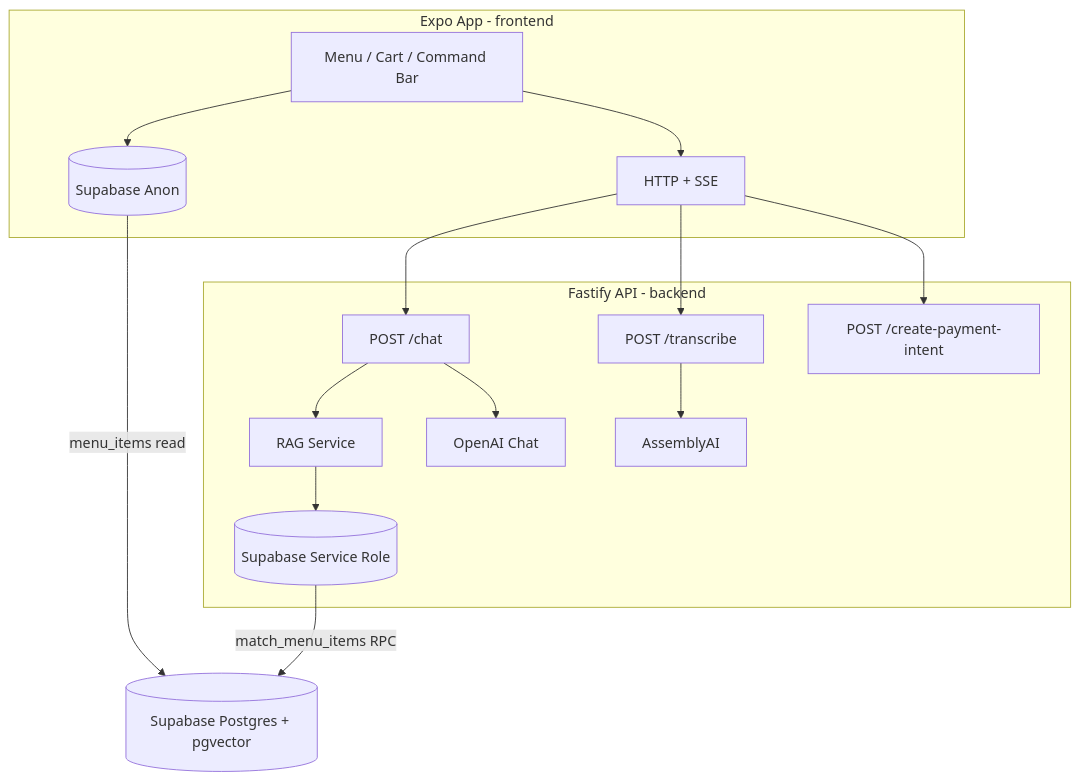
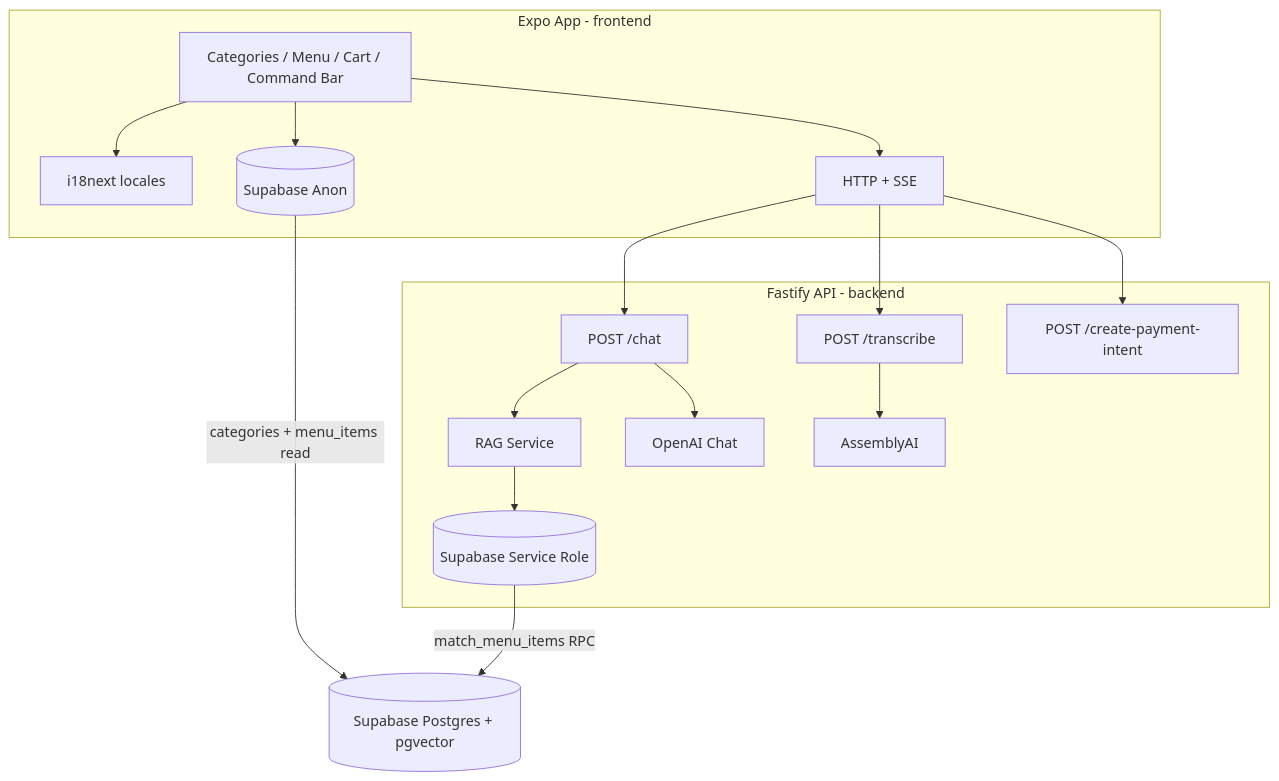
Before and after one commit to Satya-Sai-Srinivas/The-Intelligent-Bistro: the diagram in README.md, drawn with Mermaid. The commit also changed other lines of this file, not shown here.

````diff
--- a/README.md
+++ b/README.md
@@ -22,29 +25,31 @@
 ```mermaid
 flowchart TB
   subgraph client [Expo App - frontend]
-    UI[Menu / Cart / Command Bar]
+    UI[Categories / Menu / Cart / Command Bar]
+    I18N[i18next locales]
     SB[(Supabase Anon)]
     API[HTTP + SSE]
+    UI --> I18N
     UI --> SB
     UI --> API
   end
 
   subgraph server [Fastify API - backend]
     CHAT["POST /chat"]
     TRANS["POST /transcribe"]
     PAY["POST /create-payment-intent"]
     RAG[RAG Service]
     AI[OpenAI Chat]
     AAI[AssemblyAI]
     SBS[(Supabase Service Role)]
     CHAT --> RAG --> SBS
     CHAT --> AI
     TRANS --> AAI
   end
 
-  SB -->|menu_items read| DB[(Supabase Postgres + pgvector)]
+  SB -->|categories + menu_items read| DB[(Supabase Postgres + pgvector)]
   SBS -->|match_menu_items RPC| DB
   API --> CHAT
   API --> TRANS
   API --> PAY
 ```
````
